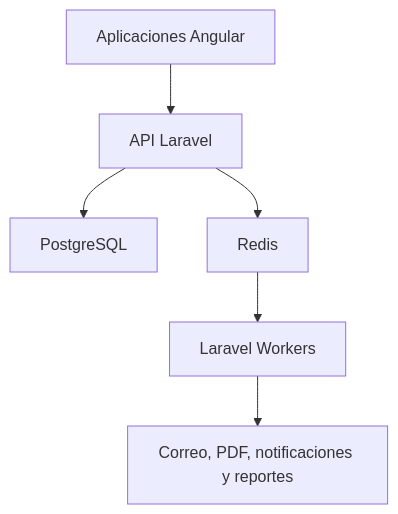
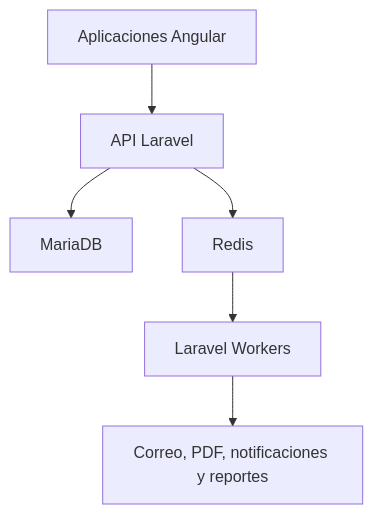
One commit to MisVales/misvales-backend changed the diagram in README.md. Above: the diagram before and after it, drawn with Mermaid. The commit also changed other lines of this file and 11 other files, not shown here.

````diff
--- a/README.md
+++ b/README.md
@@ -41,8 +41,8 @@
 ```mermaid
 flowchart TD
     A[Aplicaciones Angular] --> B[API Laravel]
-    B --> C[PostgreSQL]
+    B --> C[MariaDB]
     B --> D[Redis]
     D --> E[Laravel Workers]
     E --> F[Correo, PDF, notificaciones y reportes]
 ```
````
